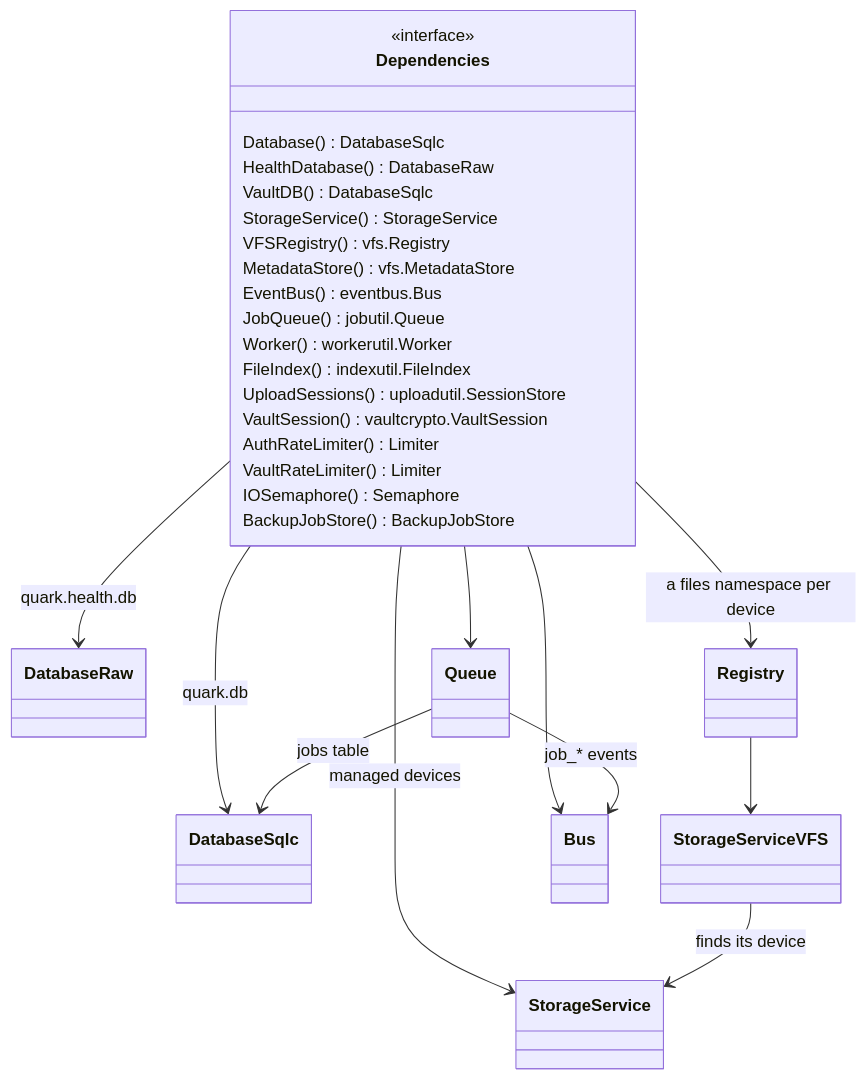
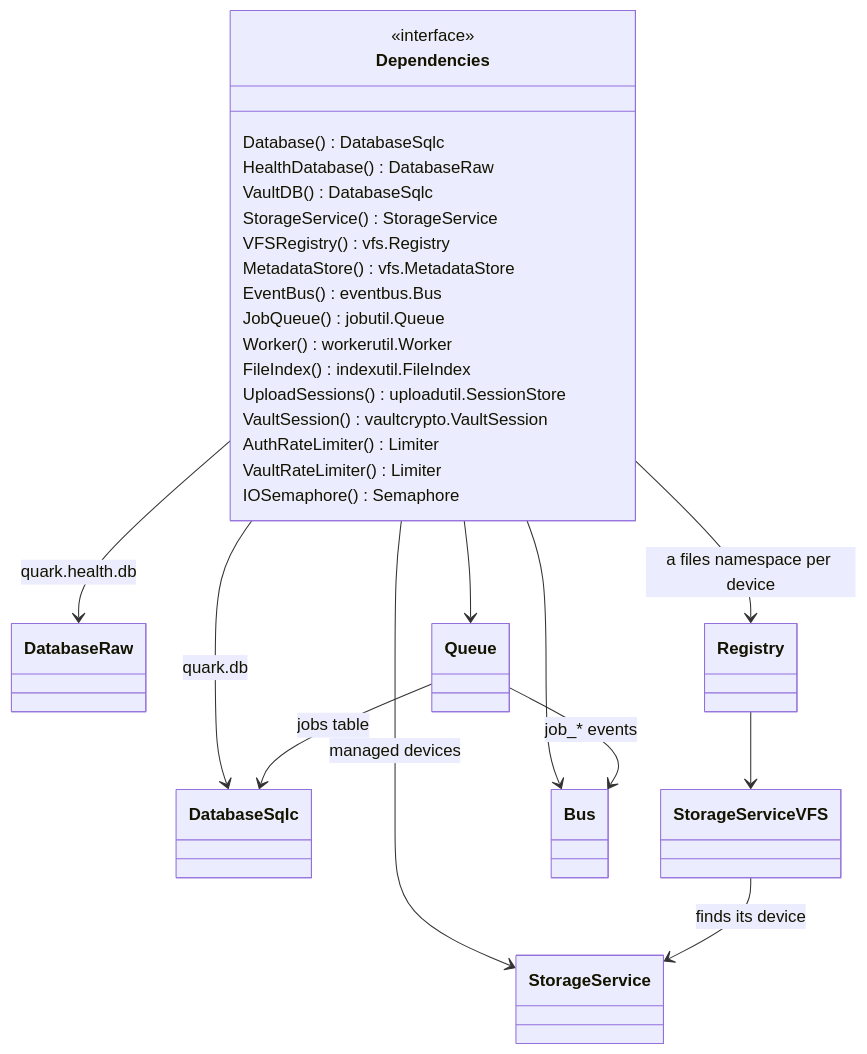
One commit to autobutler-org/quark changed the second of 4 diagrams in docs/architecture/backend.md. Above: the diagram before and after it, drawn with Mermaid. The commit also changed other lines of this file and 43 other files, not shown here.

First line of the commit message:
saddle: feat: run backup jobs on the job queue with a per-target lock

````diff
--- a/docs/architecture/backend.md
+++ b/docs/architecture/backend.md
@@ -65,32 +65,31 @@
 ```mermaid
 classDiagram
     class Dependencies {
         <<interface>>
         Database() DatabaseSqlc
         HealthDatabase() DatabaseRaw
         VaultDB() DatabaseSqlc
         StorageService() StorageService
         VFSRegistry() vfs.Registry
         MetadataStore() vfs.MetadataStore
         EventBus() eventbus.Bus
         JobQueue() jobutil.Queue
         Worker() workerutil.Worker
         FileIndex() indexutil.FileIndex
         UploadSessions() uploadutil.SessionStore
         VaultSession() vaultcrypto.VaultSession
         AuthRateLimiter() Limiter
         VaultRateLimiter() Limiter
         IOSemaphore() Semaphore
-        BackupJobStore() BackupJobStore
     }
     Dependencies --> DatabaseSqlc : quark.db
     Dependencies --> DatabaseRaw : quark.health.db
     Dependencies --> StorageService : managed devices
     Dependencies --> Registry : a files namespace per device
     Registry --> StorageServiceVFS
     StorageServiceVFS --> StorageService : finds its device
     Dependencies --> Bus
     Dependencies --> Queue
     Queue --> DatabaseSqlc : jobs table
     Queue --> Bus : job_* events
 ```
````
